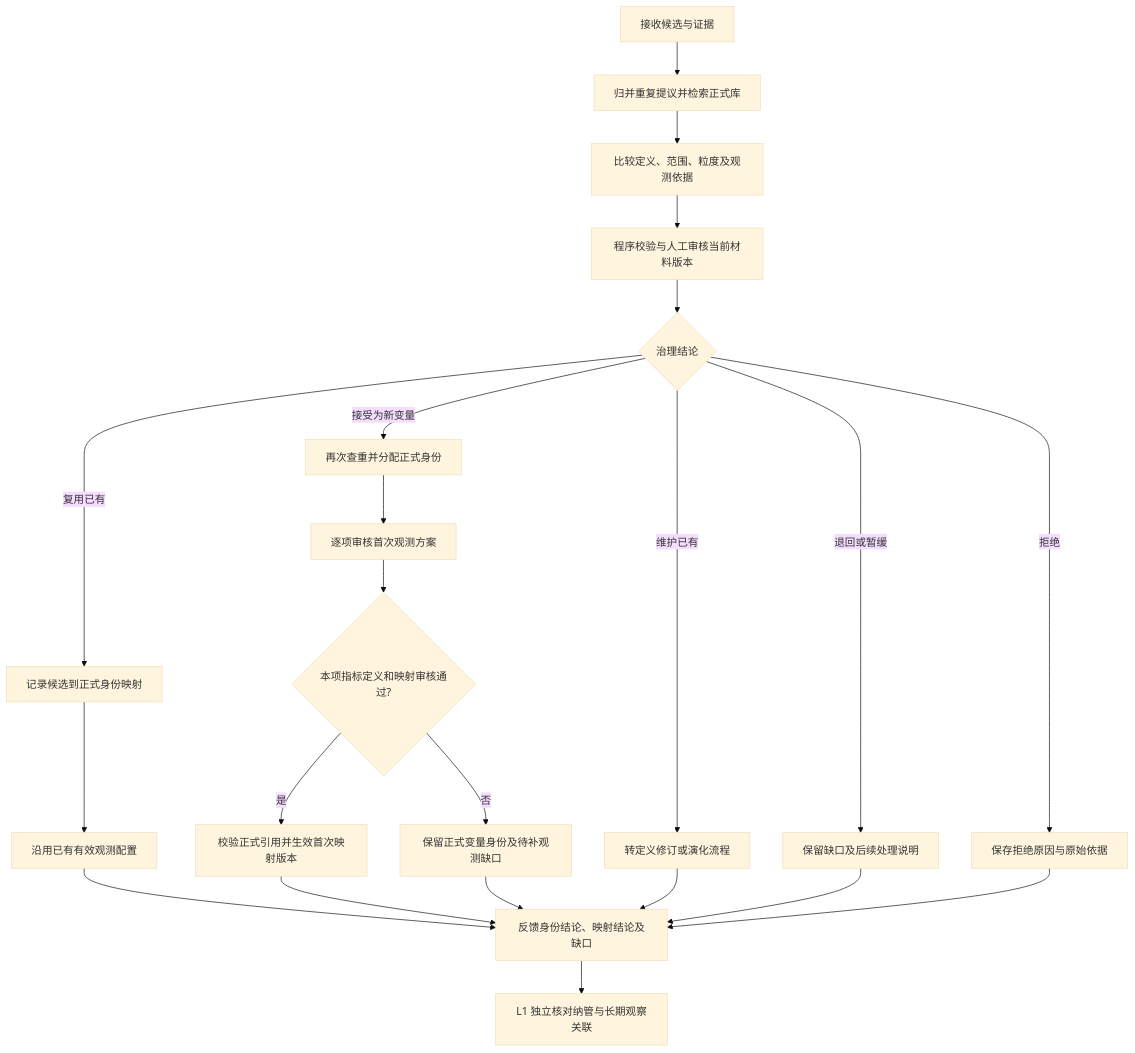
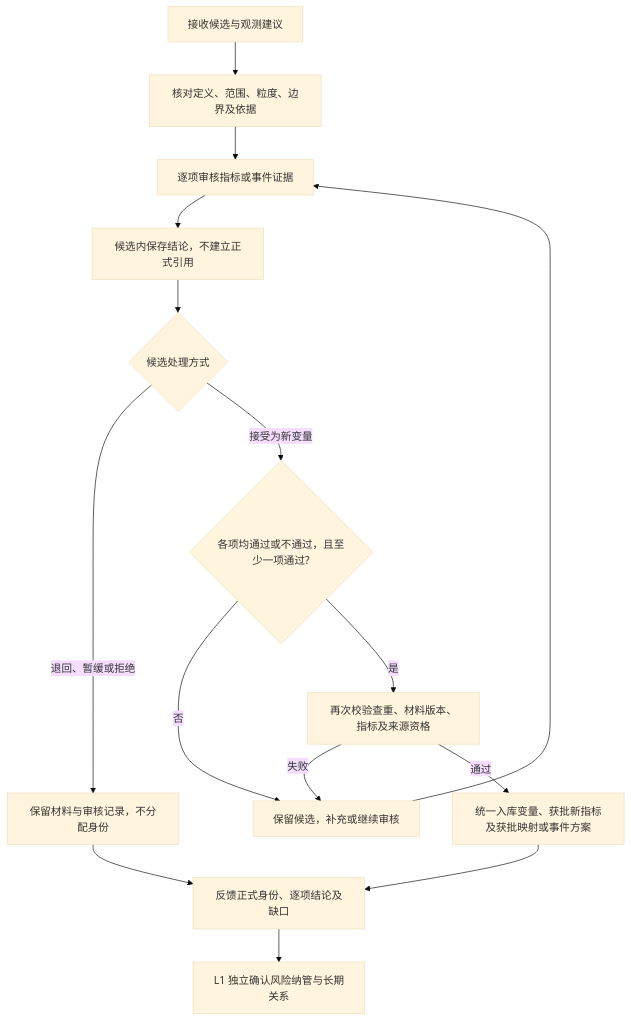
The fourth of 7 diagrams in tools/RiskHot/docs/system-design/03-系统功能架构/M2风险源管理中心功能设计.md (caojingwen1996/obsidian_kb), drawn with Mermaid (base theme) before and after one commit. The commit also changed other lines of this file and 947 other files, not shown here.

````diff
--- a/tools/RiskHot/docs/system-design/03-系统功能架构/M2风险源管理中心功能设计.md
+++ b/tools/RiskHot/docs/system-design/03-系统功能架构/M2风险源管理中心功能设计.md
@@ -292,24 +287,17 @@
 ```mermaid
 flowchart TD
-    A[接收候选与证据] --> B[归并重复提议并检索正式库]
-    B --> C[比较定义、范围、粒度及观测依据]
-    C --> D[程序校验与人工审核当前材料版本]
-    D --> E{治理结论}
-    E -->|复用已有| F[记录候选到正式身份映射]
-    E -->|接受为新变量| G[再次查重并分配正式身份]
-    E -->|维护已有| H[转定义修订或演化流程]
-    E -->|退回或暂缓| I[保留缺口及后续处理说明]
-    E -->|拒绝| J[保存拒绝原因与原始依据]
-    F --> R[沿用已有有效观测配置]
-    R --> K[反馈身份结论、映射结论及缺口]
-    G --> O[逐项审核首次观测方案]
-    O --> P{本项指标定义和映射审核通过?}
-    P -->|是| Q[校验正式引用并生效首次映射版本]
-    P -->|否| T[保留正式变量身份及待补观测缺口]
-    Q --> K
-    T --> K
-    H --> K
-    I --> K
-    J --> K
-    K --> L[L1 独立核对纳管与长期观察关联]
+    A[接收候选与观测建议] --> B[核对定义、范围、粒度、边界及依据]
+    B --> C[逐项审核指标或事件证据]
+    C --> D[候选内保存结论，不建立正式引用]
+    D --> E{候选处理方式}
+    E -->|退回、暂缓或拒绝| F[保留材料与审核记录，不分配身份]
+    E -->|接受为新变量| G{各项均通过或不通过，且至少一项通过?}
+    G -->|否| H[保留候选，补充或继续审核]
+    H --> C
+    G -->|是| I[再次校验查重、材料版本、指标及来源资格]
+    I -->|失败| H
+    I -->|通过| J[统一入库变量、获批新指标及获批映射或事件方案]
+    J --> K[反馈正式身份、逐项结论及缺口]
+    F --> K
+    K --> L[L1 独立确认风险纳管与长期关系]
 ```
````
